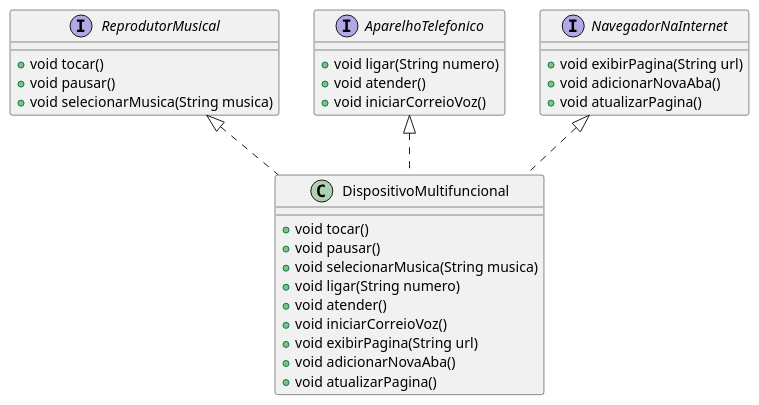
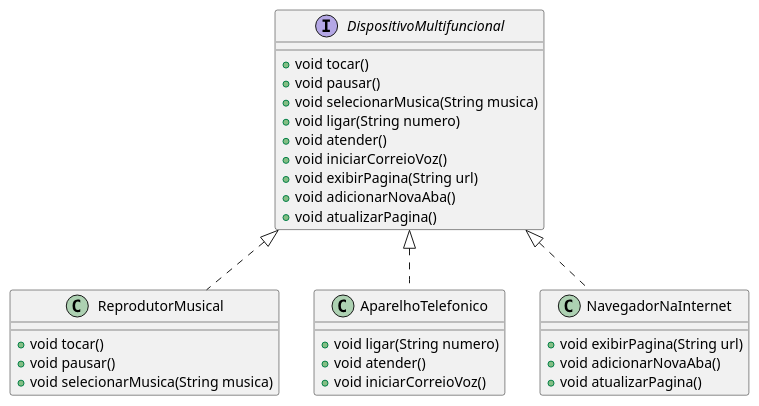
One commit to FernandoNobreGomesdaSilva/Java changed the diagram in Diagrama-de-Classes/DiagramaDeClasses.plantuml. Above: the diagram before and after it, drawn with PlantUML. The commit also changed 1 other file, not shown here.

Commit message:
Atualização do diagrama de classes

```diff
--- a/Diagrama-de-Classes/DiagramaDeClasses.plantuml
+++ b/Diagrama-de-Classes/DiagramaDeClasses.plantuml
@@ -1,32 +1,32 @@
 @startuml
-interface ReprodutorMusical {
+class ReprodutorMusical implements DispositivoMultifuncional {
     + void tocar()
     + void pausar()
     + void selecionarMusica(String musica)
 }
 
-interface AparelhoTelefonico {
+class AparelhoTelefonico implements DispositivoMultifuncional {
     + void ligar(String numero)
     + void atender()
     + void iniciarCorreioVoz()
 }
 
-interface NavegadorNaInternet {
+class NavegadorNaInternet implements DispositivoMultifuncional {
     + void exibirPagina(String url)
     + void adicionarNovaAba()
     + void atualizarPagina()
 }
 
-class DispositivoMultifuncional implements ReprodutorMusical, AparelhoTelefonico, NavegadorNaInternet {
+interface DispositivoMultifuncional{
     + void tocar()
     + void pausar()
     + void selecionarMusica(String musica)
     + void ligar(String numero)
     + void atender()
     + void iniciarCorreioVoz()
     + void exibirPagina(String url)
     + void adicionarNovaAba()
     + void atualizarPagina()
 }
 
 @enduml
```
